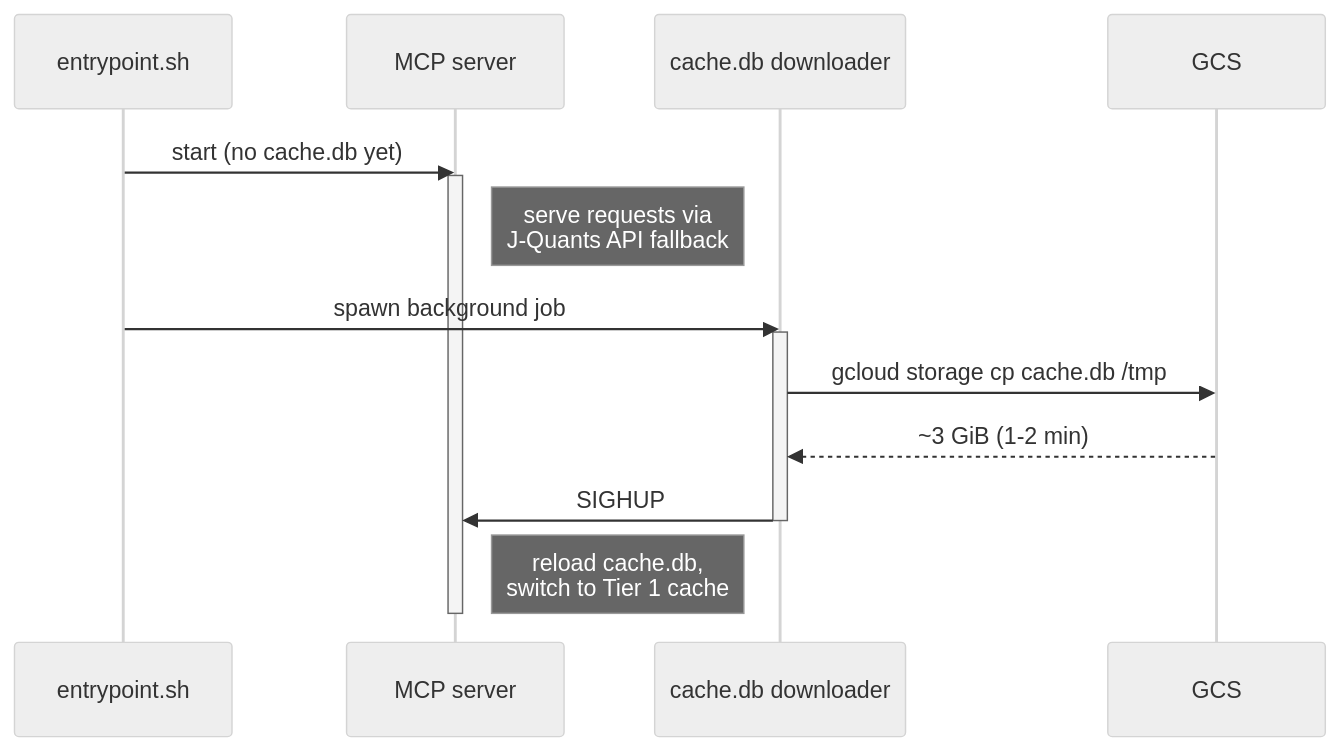
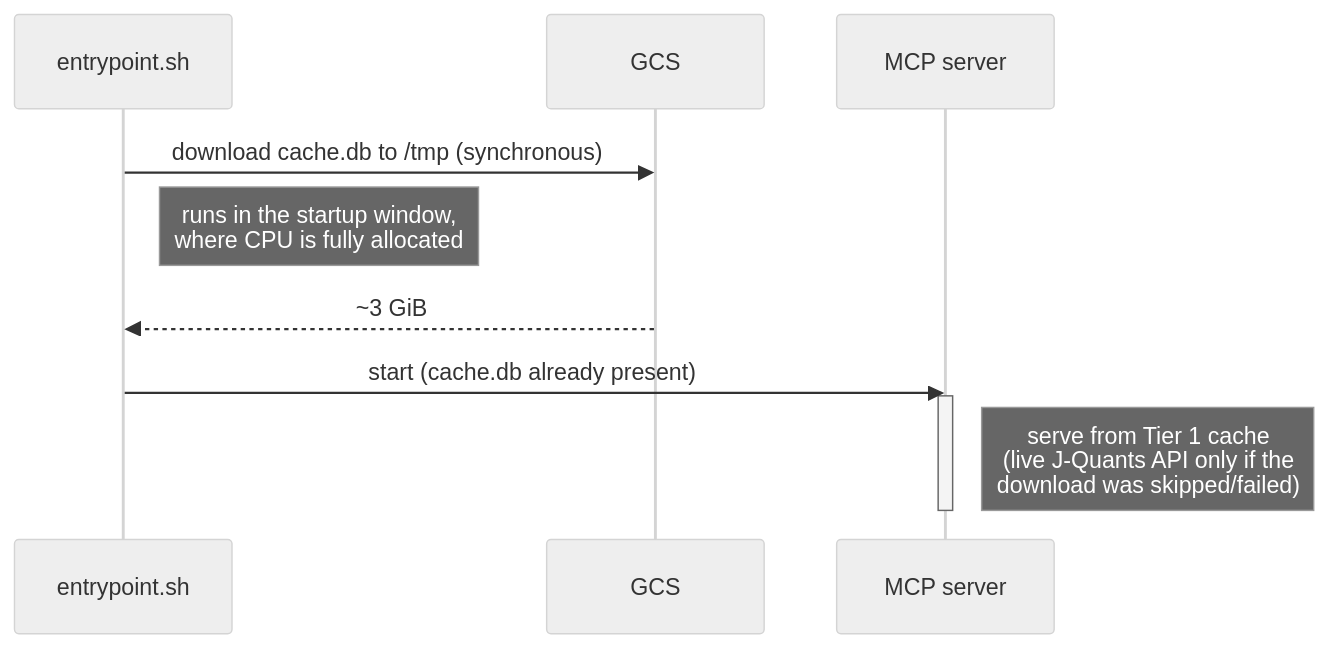
One commit to shigechika/jquants-mcp changed the second of 4 diagrams in README.md. Above: the diagram before and after it, drawn with Mermaid (neutral theme). The commit also changed other lines of this file and 4 other files, not shown here.

````diff
--- a/README.md
+++ b/README.md
@@ -914,19 +914,14 @@
 ```mermaid
 sequenceDiagram
     participant E as entrypoint.sh
+    participant G as GCS
     participant M as MCP server
-    participant D as cache.db downloader
-    participant G as GCS
 
-    E->>M: start (no cache.db yet)
+    E->>G: download cache.db to /tmp (synchronous)
+    Note right of E: runs in the startup window,<br/>where CPU is fully allocated
+    G-->>E: ~3 GiB
+    E->>M: start (cache.db already present)
     activate M
-    Note right of M: serve requests via<br/>J-Quants API fallback
-    E->>D: spawn background job
-    activate D
-    D->>G: gcloud storage cp cache.db /tmp
-    G-->>D: ~3 GiB (1-2 min)
-    D->>M: SIGHUP
-    deactivate D
-    Note right of M: reload cache.db,<br/>switch to Tier 1 cache
+    Note right of M: serve from Tier 1 cache<br/>(live J-Quants API only if the<br/>download was skipped/failed)
     deactivate M
 ```
````
